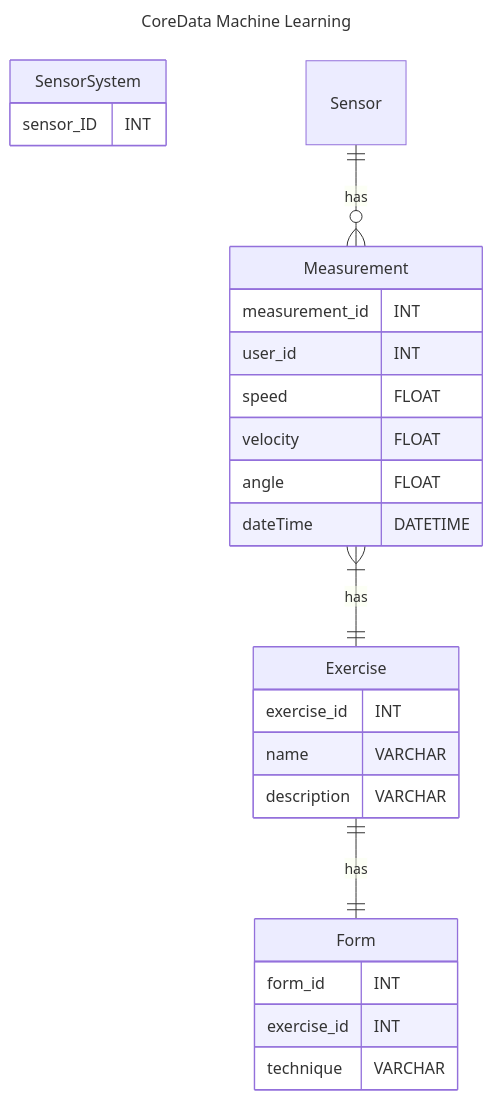
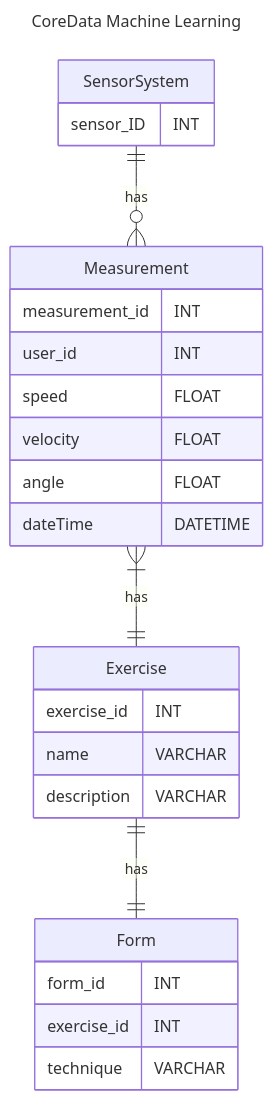
Before and after one commit to Capstone-Projects-2024-Spring/project-smartweights: the fourth of 4 diagrams in documentation/docs/system-architecture/database-diagrams.md, drawn with Mermaid.

Commit message:
Update database-diagrams.md
fixed a mermaid diagram

````diff
--- a/documentation/docs/system-architecture/database-diagrams.md
+++ b/documentation/docs/system-architecture/database-diagrams.md
@@ -173,33 +173,33 @@
 ```mermaid
 ---
 title: CoreData Machine Learning 
 ---
 
 erDiagram
     SensorSystem{
         sensor_ID INT
     }
     Measurement {
         measurement_id INT
         user_id INT
         speed FLOAT
         velocity FLOAT
         angle FLOAT
         dateTime DATETIME
     }
     Exercise {
         exercise_id INT
         name VARCHAR
         description VARCHAR
     }
     Form {
         form_id INT
         exercise_id INT
         technique VARCHAR
     }
     
-    Sensor ||--o{ Measurement: has
+    SensorSystem ||--o{ Measurement: has
     Measurement }|--|| Exercise : has
     Exercise ||--|| Form : has
 
 ```
````
